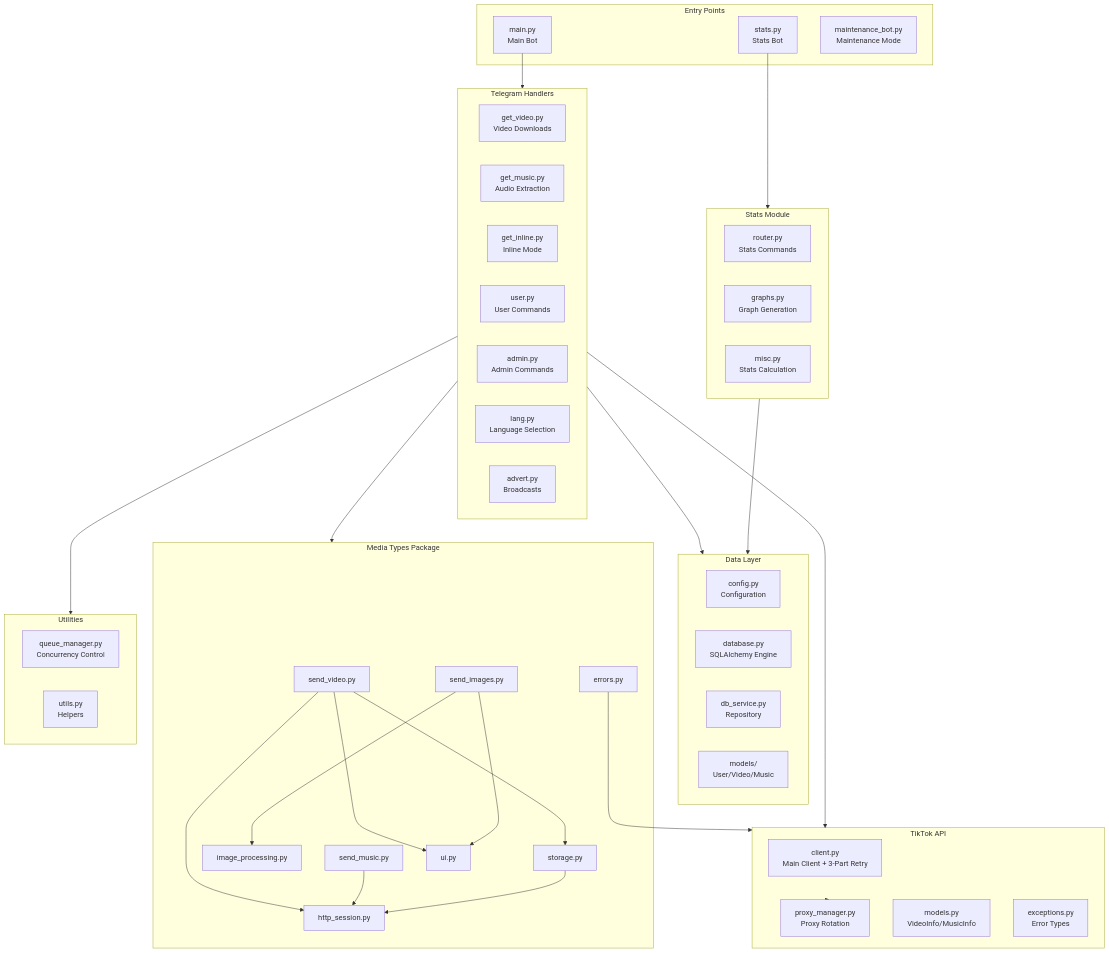
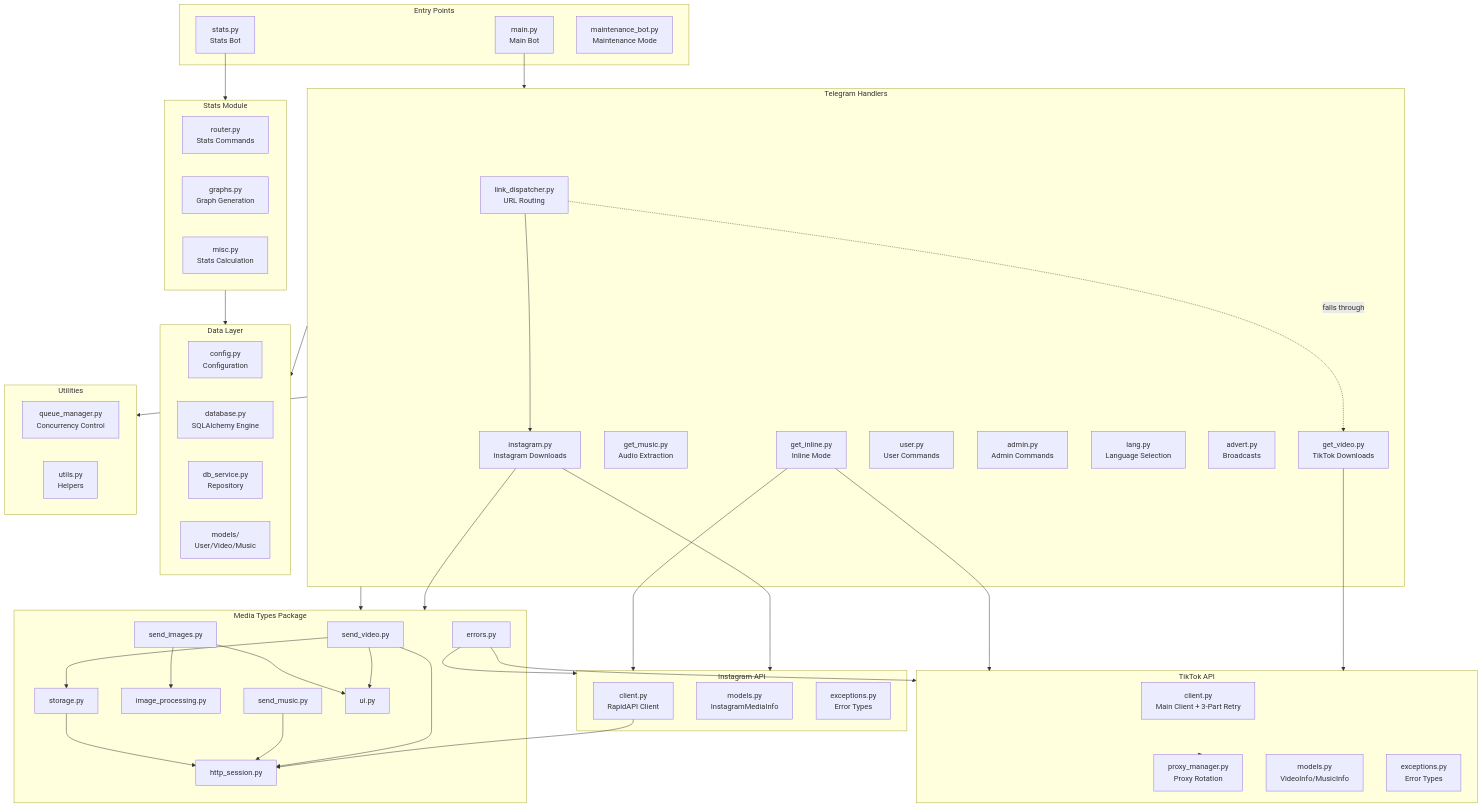
The first of 6 diagrams in docs/CODEBASE_MAP.md (karilaa-dev/tt-bot), drawn with Mermaid before and after one commit. The commit also changed other lines of this file and 13 other files, not shown here.

````diff
--- a/docs/CODEBASE_MAP.md
+++ b/docs/CODEBASE_MAP.md
@@ -24,13 +24,21 @@
     end
 
     subgraph Handlers["Telegram Handlers"]
-        Video[get_video.py<br/>Video Downloads]
+        LinkDisp[link_dispatcher.py<br/>URL Routing]
+        IGHandler[instagram.py<br/>Instagram Downloads]
+        Video[get_video.py<br/>TikTok Downloads]
         Music[get_music.py<br/>Audio Extraction]
         Inline[get_inline.py<br/>Inline Mode]
         User[user.py<br/>User Commands]
         Admin[admin.py<br/>Admin Commands]
         Lang[lang.py<br/>Language Selection]
         Advert[advert.py<br/>Broadcasts]
+    end
+
+    subgraph Instagram["Instagram API"]
+        IGClient[client.py<br/>RapidAPI Client]
+        IGModels[models.py<br/>InstagramMediaInfo]
+        IGExc[exceptions.py<br/>Error Types]
     end
 
     subgraph TikTok["TikTok API"]
@@ -71,10 +79,17 @@
 
     Main --> Handlers
     Stats --> StatsM
-    Handlers --> TikTok
+    LinkDisp --> IGHandler
+    LinkDisp -.->|falls through| Video
+    IGHandler --> Instagram
+    IGHandler --> MediaPkg
+    Video --> TikTok
     Handlers --> MediaPkg
     Handlers --> Misc
+    Inline --> TikTok
+    Inline --> Instagram
     TikTok --> Proxy
+    IGClient --> HttpSes
     Handlers --> Data
     StatsM --> Data
     SendVid --> HttpSes
@@ -85,4 +100,5 @@
     SendMus --> HttpSes
     Storage --> HttpSes
     ErrMap --> TikTok
+    ErrMap --> Instagram
 ```
````
